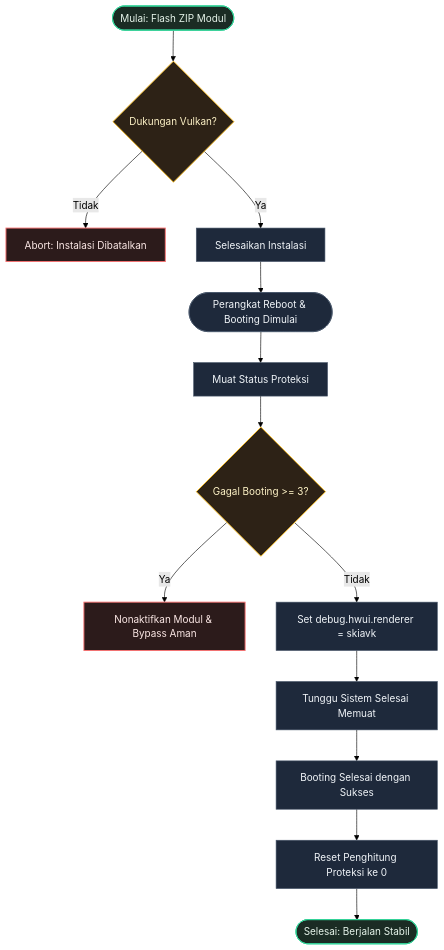
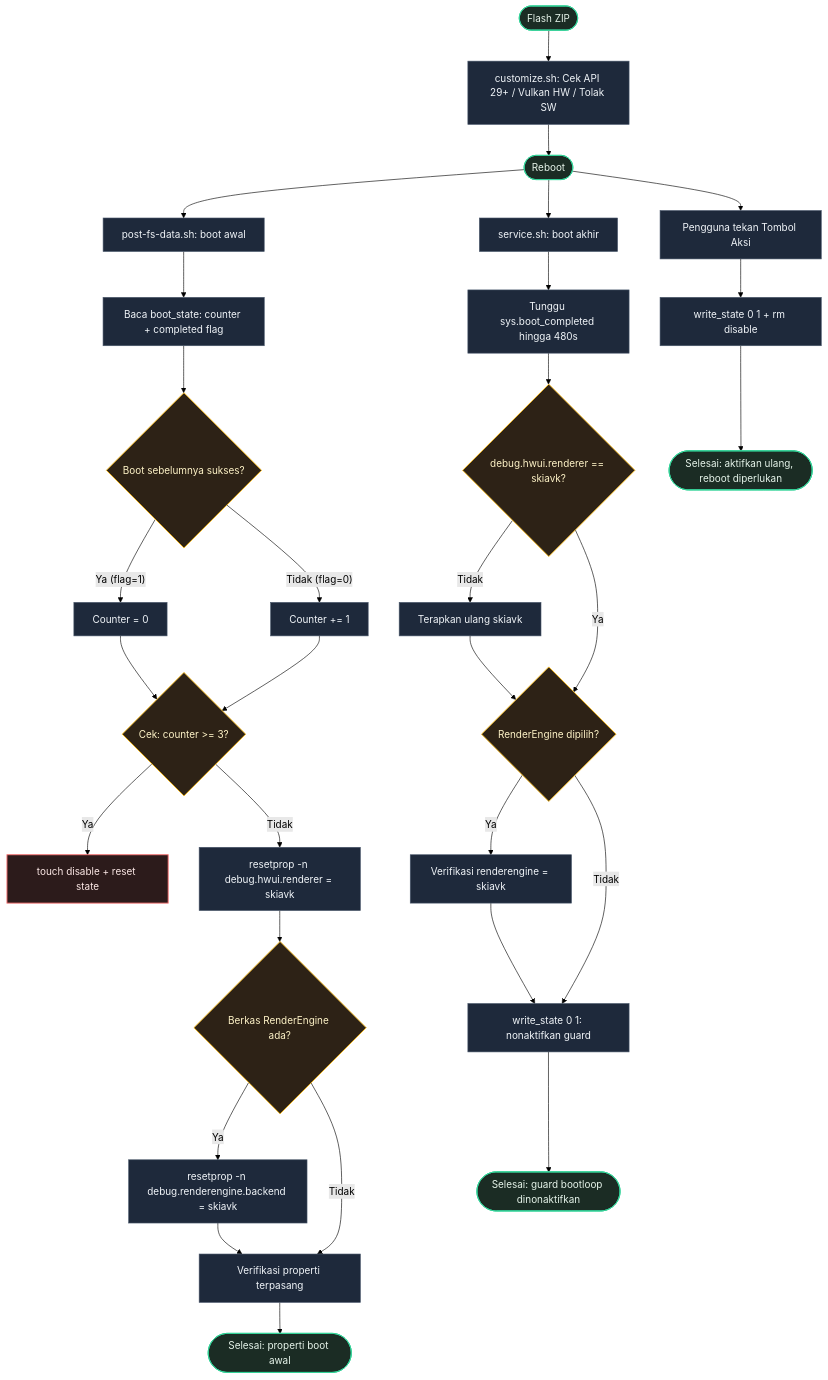
One commit to dyokism/SkiaVK changed the diagram in README.id.md. Above: the diagram before and after it, drawn with Mermaid (forest theme). The commit also changed other lines of this file and 11 other files, not shown here.

````diff
--- a/README.id.md
+++ b/README.id.md
@@ -88,30 +105,51 @@
 ```mermaid
 flowchart TD
-    FlashZip([Mulai: Flash ZIP Modul]) --> CheckVulkan{Dukungan Vulkan?}
-    CheckVulkan -- Tidak --> Abort[Abort: Instalasi Dibatalkan]
-    CheckVulkan -- Ya --> Install[Selesaikan Instalasi]
+    Flash([Flash ZIP]) --> Customize[customize.sh: Cek API 29+ / Vulkan HW / Tolak SW]
+    Customize --> Reboot([Reboot])
+
+    Reboot --> postFsData[post-fs-data.sh: boot awal]
     
-    Install --> BootStart([Perangkat Reboot & Booting Dimulai])
+    postFsData --> ReadState[Baca boot_state: counter + completed flag]
+    ReadState --> PrevBoot{Boot sebelumnya sukses?}
+    PrevBoot -- Ya (flag=1) --> ResetCounter[Counter = 0]
+    PrevBoot -- Tidak (flag=0) --> IncCounter[Counter += 1]
     
-    BootStart --> LoadState[Muat Status Proteksi]
-    LoadState --> BootCheck{Gagal Booting >= 3?}
+    ResetCounter --> CheckThresh{Cek: counter >= 3?}
+    IncCounter --> CheckThresh
     
-    BootCheck -- Ya --> TriggerSafety[Nonaktifkan Modul & Bypass Aman]
-    BootCheck -- Tidak --> ApplySkia[Set debug.hwui.renderer = skiavk]
+    CheckThresh -- Ya --> Disable[touch disable + reset state]
+    CheckThresh -- Tidak --> SetProp[resetprop -n debug.hwui.renderer = skiavk]
     
-    ApplySkia --> WaitBoot[Tunggu Sistem Selesai Memuat]
-    WaitBoot --> BootSuccess[Booting Selesai dengan Sukses]
-    BootSuccess --> ResetState[Reset Penghitung Proteksi ke 0]
-    ResetState --> Finished([Selesai: Berjalan Stabil])
+    SetProp --> OptRE{Berkas RenderEngine ada?}
+    OptRE -- Ya --> SetRE[resetprop -n debug.renderengine.backend = skiavk]
+    OptRE -- Tidak --> VerifyProp[Verifikasi properti terpasang]
+    SetRE --> VerifyProp
+    
+    VerifyProp --> postFsDone([Selesai: properti boot awal])
 
-    %% Kustomisasi Tampilan dan Warna (Tema Gelap Ultra-Redup)
+    Reboot --> Service[service.sh: boot akhir]
+
+    Service --> Wait[Tunggu sys.boot_completed hingga 480s]
+    Wait --> Override{debug.hwui.renderer == skiavk?}
+    Override -- Tidak --> ReApply[Terapkan ulang skiavk]
+    Override -- Ya --> CheckRE{RenderEngine dipilih?}
+    ReApply --> CheckRE
+    CheckRE -- Ya --> VerifyRE[Verifikasi renderengine = skiavk]
+    CheckRE -- Tidak --> Disarm[write_state 0 1: nonaktifkan guard]
+    VerifyRE --> Disarm
+    Disarm --> ServiceDone([Selesai: guard bootloop dinonaktifkan])
+
+    Reboot --> Action[Pengguna tekan Tombol Aksi]
+    Action --> ResetAll[write_state 0 1 + rm disable]
+    ResetAll --> ActionDone([Selesai: aktifkan ulang, reboot diperlukan])
+
     classDef startEnd fill:#1b2c24,stroke:#34d399,stroke-width:1.5px,color:#e6f4ea;
     classDef fail fill:#2c1b1b,stroke:#f87171,stroke-width:1.5px,color:#fce8e6;
     classDef decision fill:#2d2216,stroke:#fbbf24,stroke-width:1.5px,color:#fef3c7;
     classDef process fill:#1e293b,stroke:#475569,stroke-width:1px,color:#f1f5f9;
     
-    class FlashZip,Finished startEnd;
-    class TriggerSafety,Abort fail;
-    class CheckVulkan,BootCheck decision;
-    class Install,BootStart,LoadState,ApplySkia,WaitBoot,BootSuccess,ResetState process;
+    class Flash,Reboot,postFsDone,ServiceDone,ActionDone startEnd;
+    class Disable fail;
+    class PrevBoot,CheckThresh,OptRE,Override,CheckRE decision;
+    class Customize,postFsData,ReadState,ResetCounter,IncCounter,SetProp,SetRE,VerifyProp,Service,Wait,ReApply,VerifyRE,Disarm,Action,ResetAll process;
 ```
````
